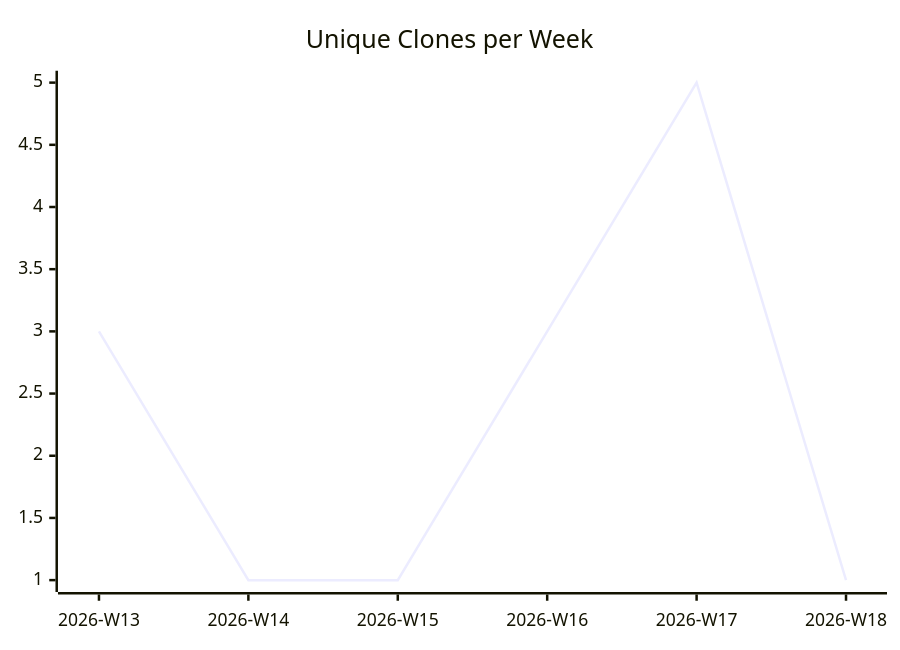
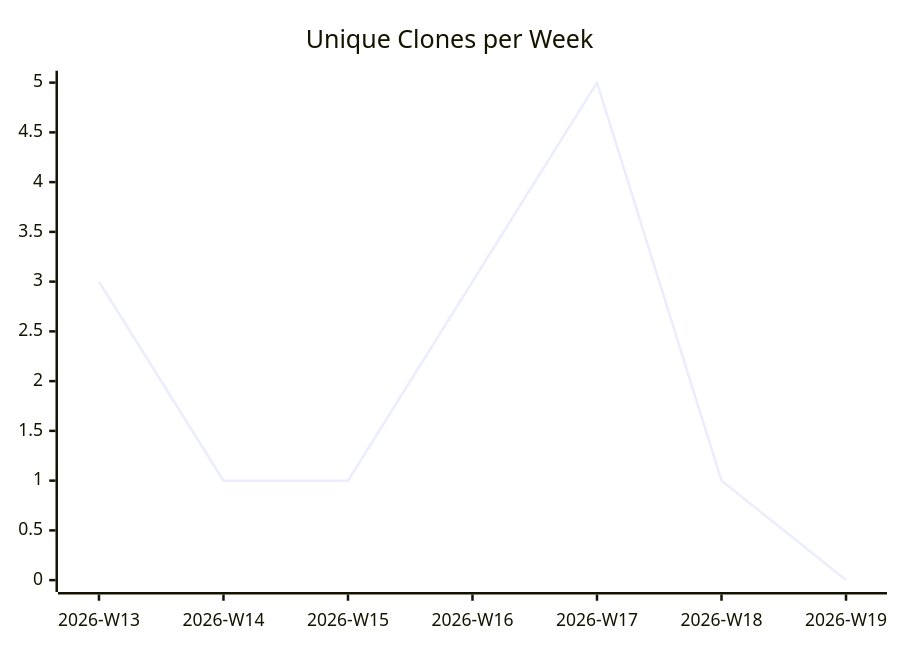
Before and after one commit to justdavis-family/github-analytics-data: the third of 3 diagrams in karlmdavis/stockfighter-trades-solutions/README.md, drawn with Mermaid. The commit also changed other lines of this file and 187 other files, not shown here.

````diff
--- a/karlmdavis/stockfighter-trades-solutions/README.md
+++ b/karlmdavis/stockfighter-trades-solutions/README.md
@@ -19,6 +19,6 @@
 ```mermaid
 xychart-beta
   title "Unique Clones per Week"
-  x-axis ["2026-W13", "2026-W14", "2026-W15", "2026-W16", "2026-W17", "2026-W18"]
-  line [3, 1, 1, 3, 5, 1]
+  x-axis ["2026-W13", "2026-W14", "2026-W15", "2026-W16", "2026-W17", "2026-W18", "2026-W19"]
+  line [3, 1, 1, 3, 5, 1, 0]
 ```
````
